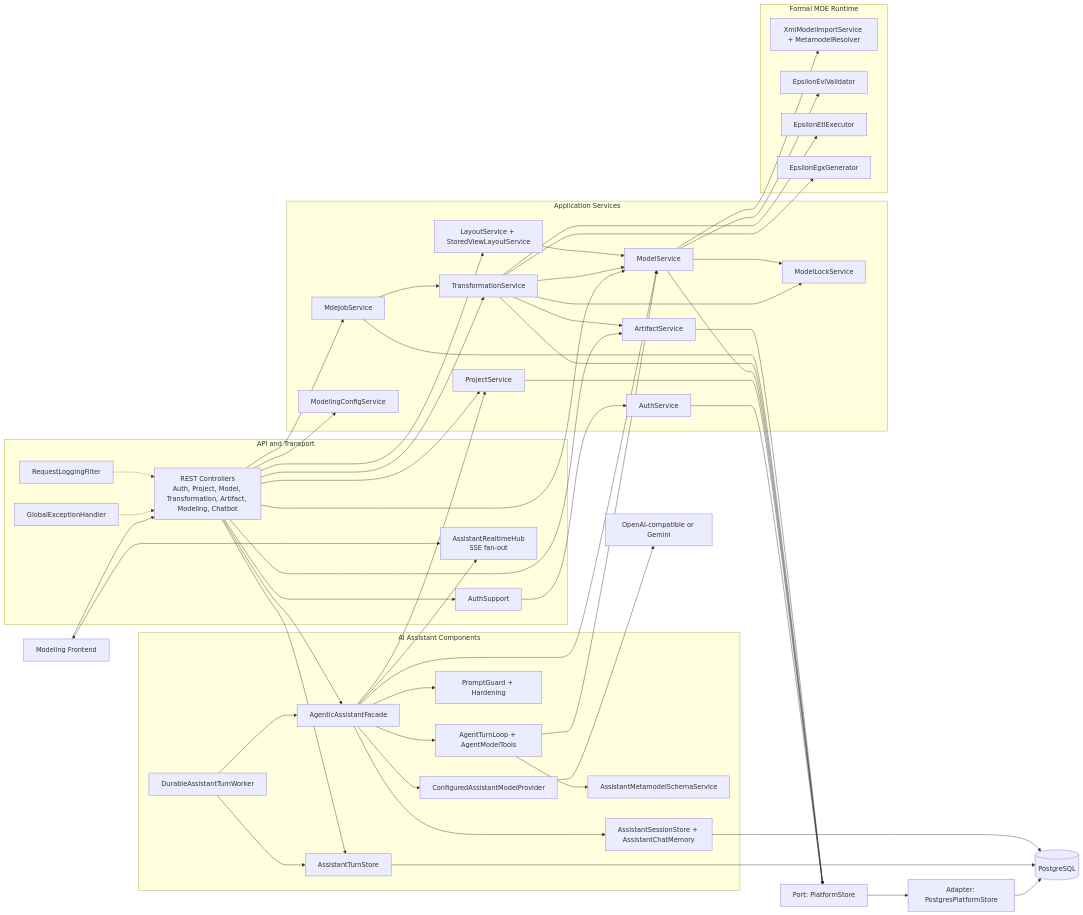
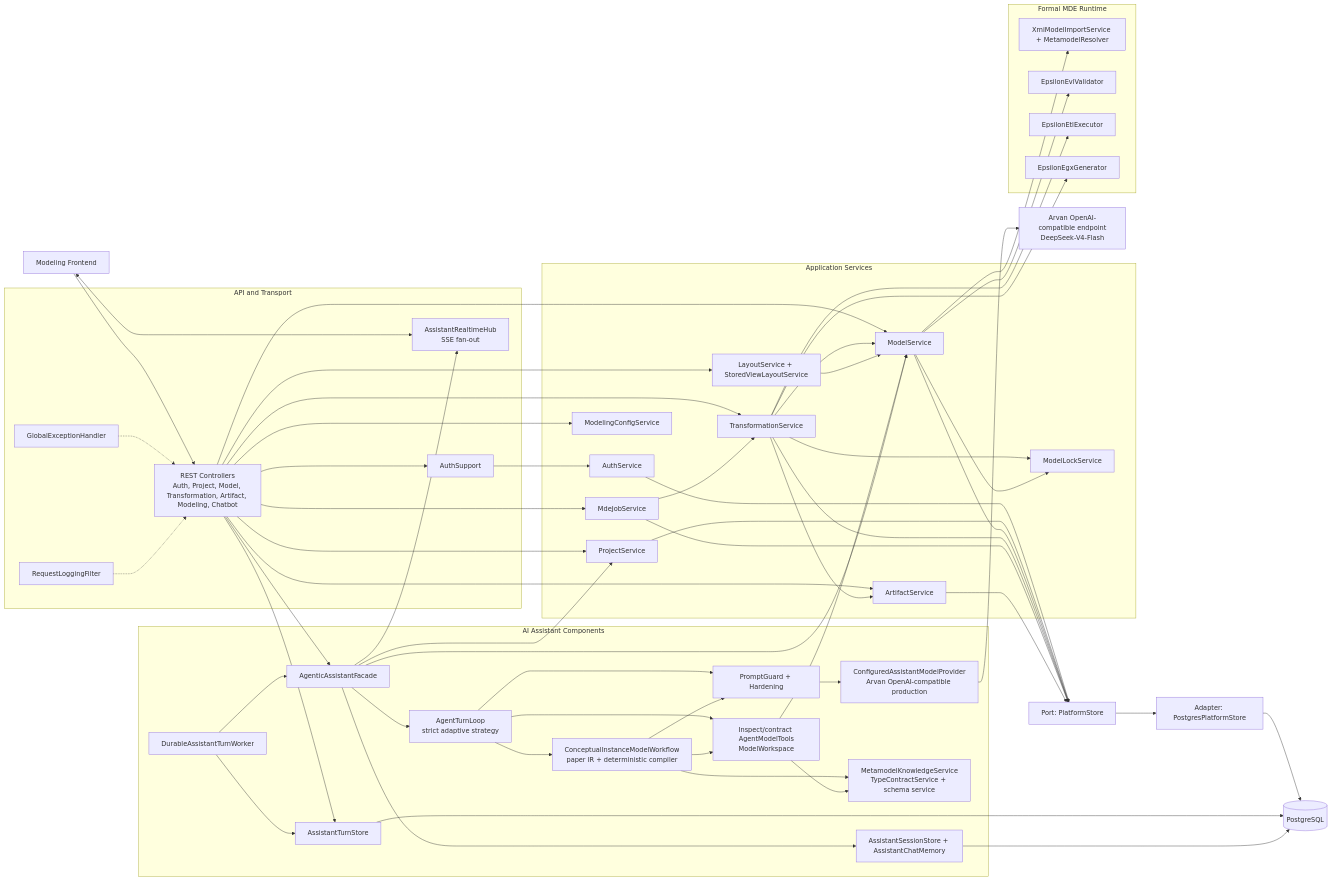
One commit to mehdieidi/modriss changed the diagram in docs/diagrams/03-c4-backend-components.md. Above: the diagram before and after it, drawn with Mermaid. The commit also changed 66 other files, not shown here.

First line of the commit message:
feat(ai): enhance assistant model provider and metamodel generator

```diff
--- a/docs/diagrams/03-c4-backend-components.md
+++ b/docs/diagrams/03-c4-backend-components.md
@@ -28,10 +28,12 @@
         facade["AgenticAssistantFacade"]
         worker["DurableAssistantTurnWorker"]
         turnStore["AssistantTurnStore"]
-        provider["ConfiguredAssistantModelProvider"]
+        provider["ConfiguredAssistantModelProvider<br/>Arvan OpenAI-compatible production"]
         guard["PromptGuard + Hardening"]
-        tools["AgentTurnLoop + AgentModelTools"]
-        schema["AssistantMetamodelSchemaService"]
+        router["AgentTurnLoop<br/>strict adaptive strategy"]
+        conceptual["ConceptualInstanceModelWorkflow<br/>paper IR + deterministic compiler"]
+        tools["Inspect/contract AgentModelTools<br/>ModelWorkspace"]
+        schema["MetamodelKnowledgeService<br/>TypeContractService + schema service"]
         memory["AssistantSessionStore + AssistantChatMemory"]
     end
 
@@ -45,7 +47,7 @@
     store["Port: PlatformStore"]
     postgres["Adapter: PostgresPlatformStore"]
     db[("PostgreSQL")]
-    ai["OpenAI-compatible or Gemini"]
+    ai["Arvan OpenAI-compatible endpoint<br/>DeepSeek-V4-Flash"]
 
     client --> controllers
     client <--> realtime
@@ -75,9 +77,13 @@
 
     worker --> turnStore
     worker --> facade
-    facade --> provider --> ai
-    facade --> guard
-    facade --> tools
+    facade --> router
+    router --> conceptual
+    router --> tools
+    router --> guard --> provider --> ai
+    conceptual --> guard
+    conceptual --> schema
+    conceptual --> tools
     tools --> schema
     tools --> models
     facade --> memory
```
